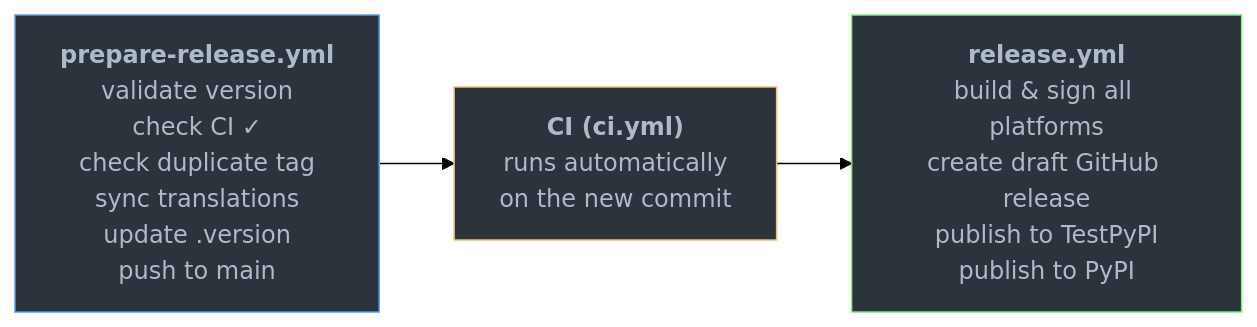
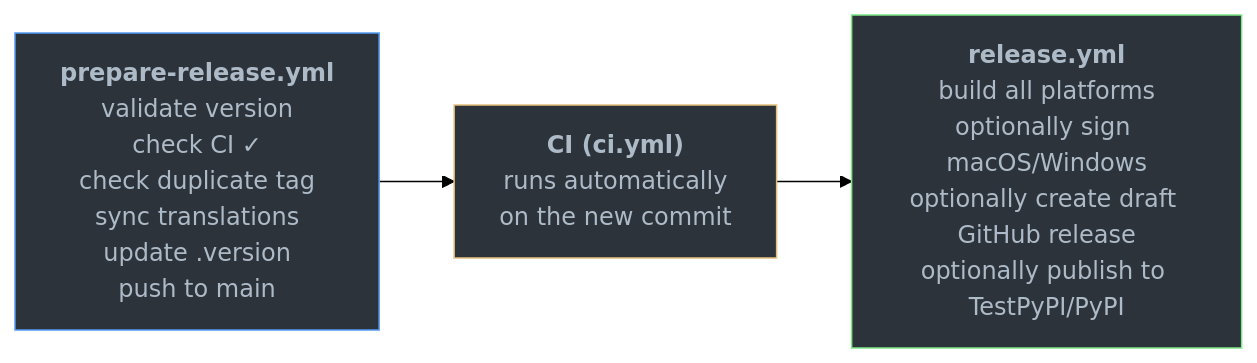
The first of 3 diagrams in docs/releasing.md (ankitects/anki), drawn with Mermaid (forest theme) before and after one commit. The commit also changed other lines of this file and 1 other file, not shown here.

Commit message:
Simplify release inputs.

````diff
--- a/docs/releasing.md
+++ b/docs/releasing.md
@@ -19,9 +19,9 @@
 ```mermaid
 flowchart LR
     A["<b>prepare-release.yml</b><br/>validate version<br/>check CI ✓<br/>check duplicate tag<br/>sync translations<br/>update .version<br/>push to main"] --> B["<b>CI (ci.yml)</b><br/>runs automatically<br/>on the new commit"]
-    B --> C["<b>release.yml</b><br/>build &amp; sign all platforms<br/>create draft GitHub release<br/>publish to TestPyPI<br/>publish to PyPI"]
+    B --> C["<b>release.yml</b><br/>build all platforms<br/>optionally sign macOS/Windows<br/>optionally create draft GitHub release<br/>optionally publish to TestPyPI/PyPI"]
 
     style A fill:#2d333b,stroke:#539bf5,color:#adbac7
     style B fill:#2d333b,stroke:#e5c07b,color:#adbac7
     style C fill:#2d333b,stroke:#7ee787,color:#adbac7
 ```
````
